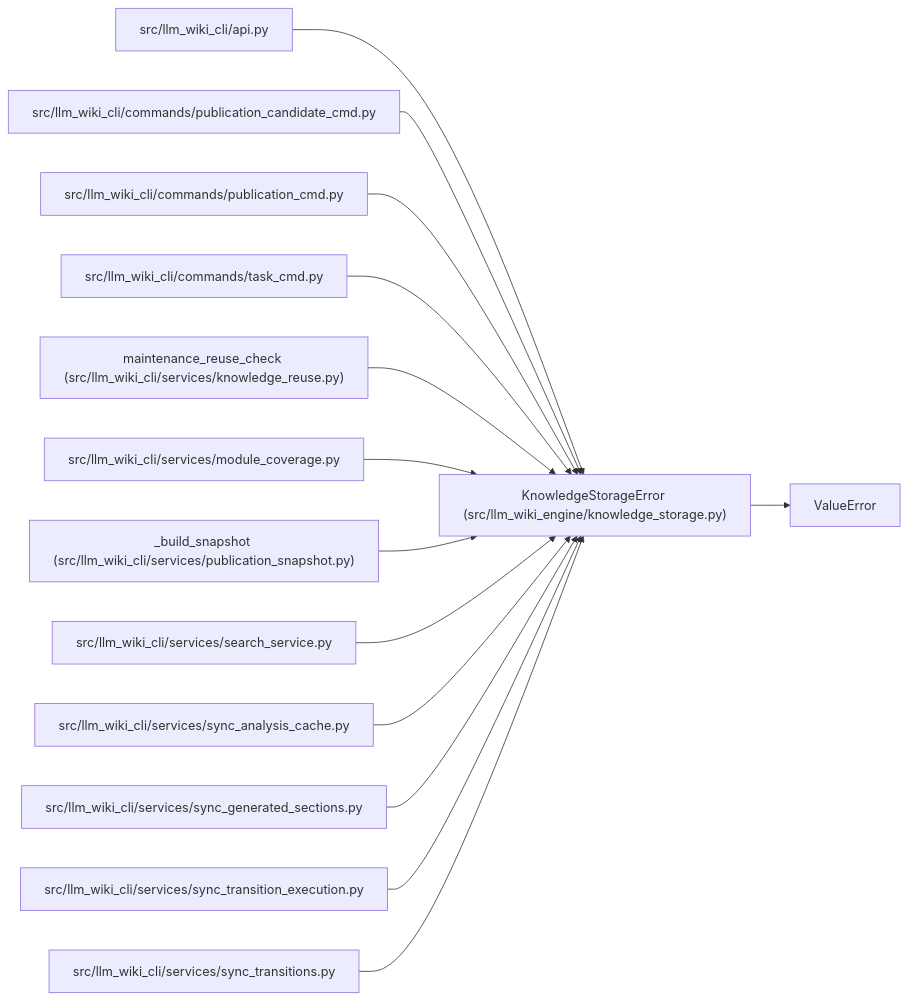
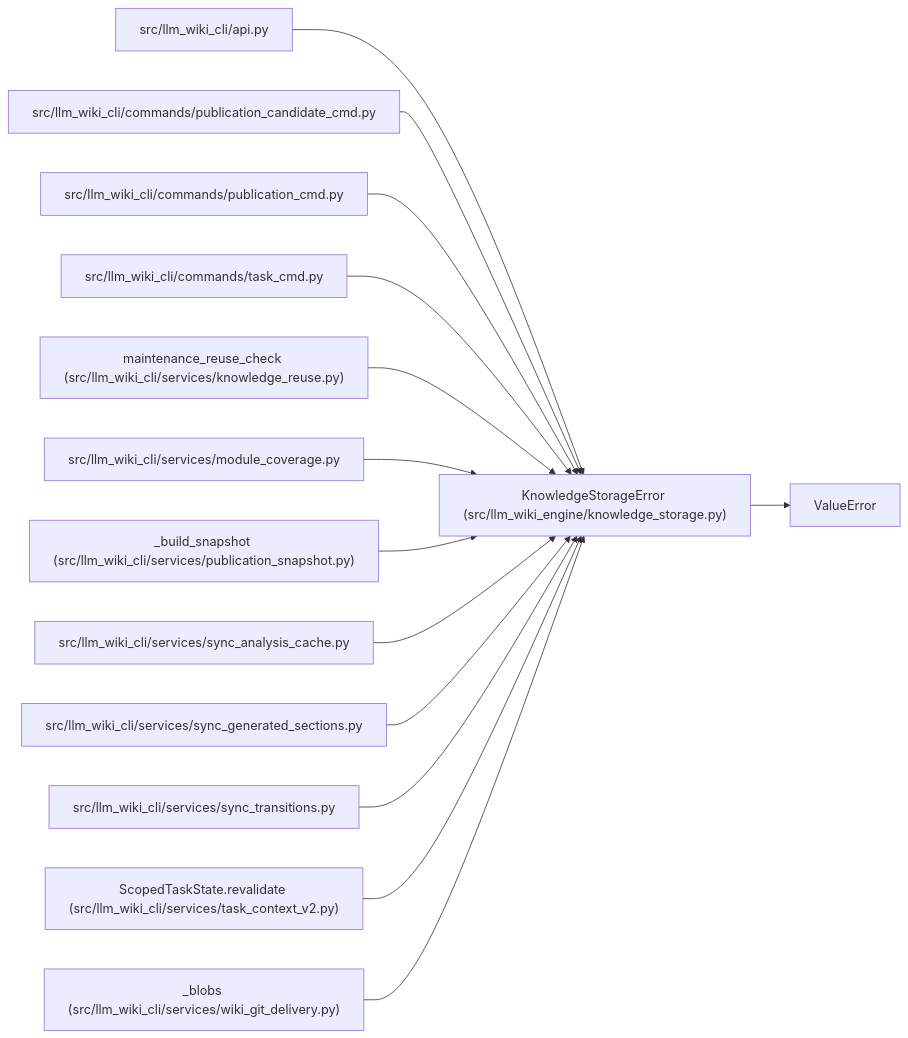
One commit to Denissvgn/python-wiki-llm changed the diagram in docs/llm_wiki/entities/KnowledgeStorageError.md. Above: the diagram before and after it, drawn with Mermaid. The commit also changed other lines of this file and 648 other files, not shown here.

Commit message:
docs: refresh the wiki for the engine task contract and search

````diff
--- a/docs/llm_wiki/entities/KnowledgeStorageError.md
+++ b/docs/llm_wiki/entities/KnowledgeStorageError.md
@@ -25,43 +25,43 @@
 ```mermaid
 flowchart LR
     n0["KnowledgeStorageError (src/llm_wiki_engine/knowledge_storage.py)"]
     n1["ValueError"]
     n2["src/llm_wiki_cli/api.py"]
     n3["src/llm_wiki_cli/commands/publication_candidate_cmd.py"]
     n4["src/llm_wiki_cli/commands/publication_cmd.py"]
     n5["src/llm_wiki_cli/commands/task_cmd.py"]
     n6["maintenance_reuse_check (src/llm_wiki_cli/services/knowledge_reuse.py)"]
     n7["src/llm_wiki_cli/services/module_coverage.py"]
     n8["_build_snapshot (src/llm_wiki_cli/services/publication_snapshot.py)"]
-    n9["src/llm_wiki_cli/services/search_service.py"]
-    n10["src/llm_wiki_cli/services/sync_analysis_cache.py"]
-    n11["src/llm_wiki_cli/services/sync_generated_sections.py"]
-    n12["src/llm_wiki_cli/services/sync_transition_execution.py"]
-    n13["src/llm_wiki_cli/services/sync_transitions.py"]
+    n9["src/llm_wiki_cli/services/sync_analysis_cache.py"]
+    n10["src/llm_wiki_cli/services/sync_generated_sections.py"]
+    n11["src/llm_wiki_cli/services/sync_transitions.py"]
+    n12["ScopedTaskState.revalidate (src/llm_wiki_cli/services/task_context_v2.py)"]
+    n13["_blobs (src/llm_wiki_cli/services/wiki_git_delivery.py)"]
     n0 --> n1
     n2 --> n0
     n3 --> n0
     n4 --> n0
     n5 --> n0
     n6 --> n0
     n7 --> n0
     n8 --> n0
     n9 --> n0
     n10 --> n0
     n11 --> n0
     n12 --> n0
     n13 --> n0
     click n0 "../modules/knowledge_storage.md"
     click n2 "../modules/api.md"
     click n3 "../modules/publication_candidate_cmd.md"
     click n4 "../modules/publication_cmd.md"
     click n5 "../modules/task_cmd.md"
     click n6 "../modules/knowledge_reuse.md"
     click n7 "../modules/module_coverage.md"
     click n8 "../modules/publication_snapshot.md"
-    click n9 "../modules/search_service.md"
-    click n10 "../modules/sync_analysis_cache.md"
-    click n11 "../modules/sync_generated_sections.md"
-    click n12 "../modules/sync_transition_execution.md"
-    click n13 "../modules/sync_transitions.md"
+    click n9 "../modules/sync_analysis_cache.md"
+    click n10 "../modules/sync_generated_sections.md"
+    click n11 "../modules/sync_transitions.md"
+    click n12 "../modules/task_context_v2.md"
+    click n13 "../modules/wiki_git_delivery.md"
 ```
````
